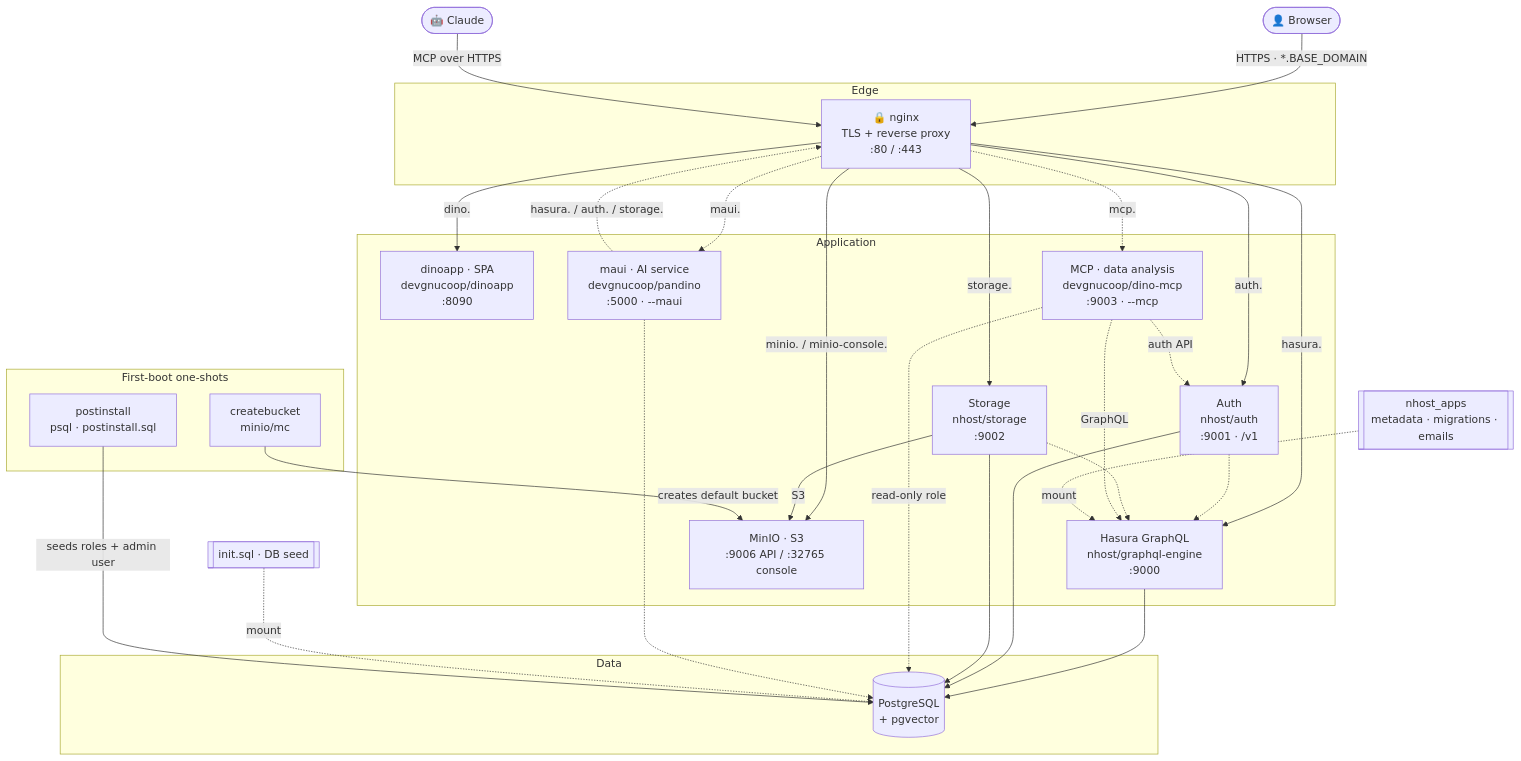
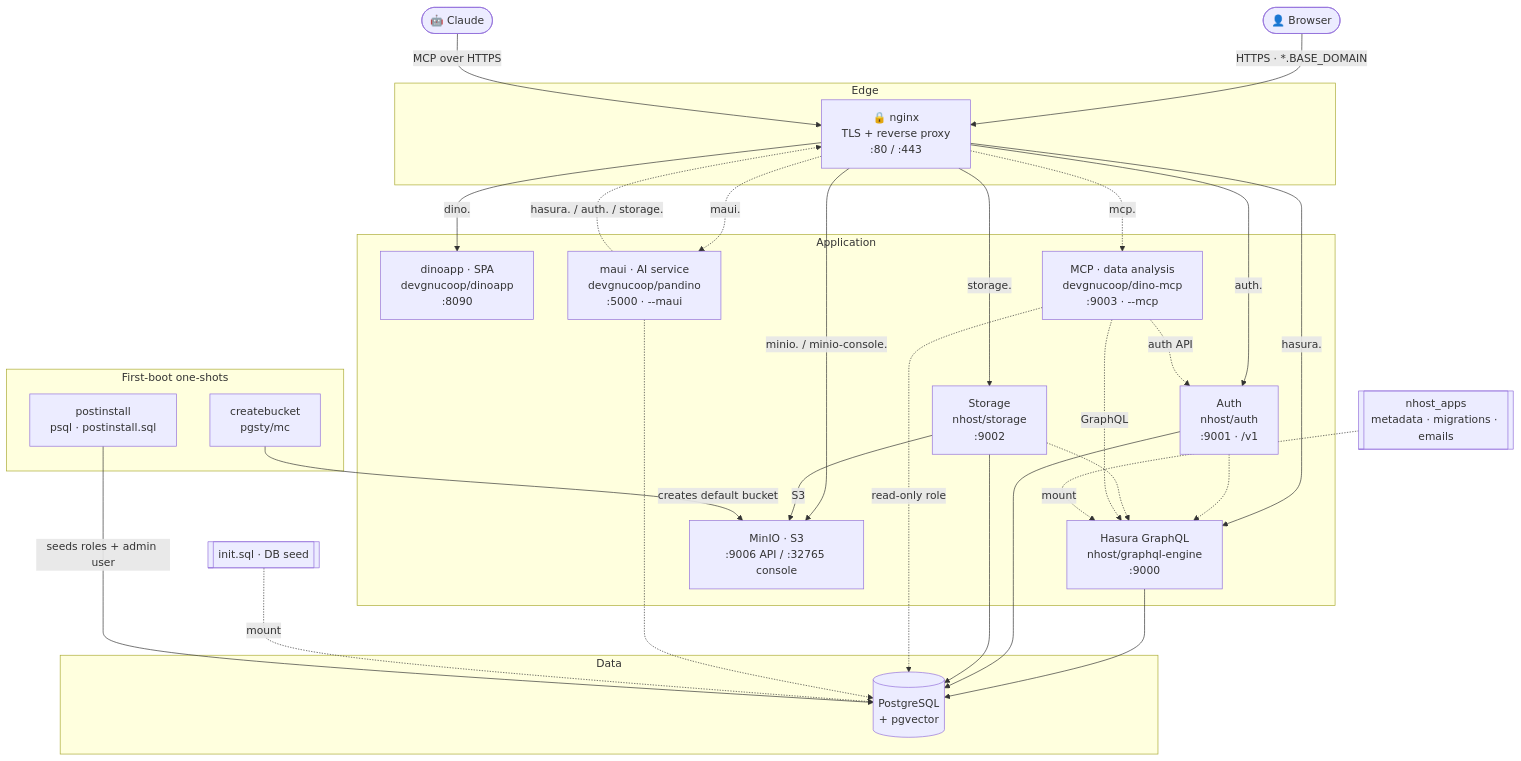
Before and after one commit to gnucoop/dino-install: the diagram in README.md, drawn with Mermaid. The commit also changed 2 other files, not shown here.

Commit message:
Switch MinIO images to the pgsty community fork
minio/minio and minio/mc are no longer available on Docker Hub; use the
drop-in fork images pgsty/minio and pgsty/mc (same env vars and /data format).

````diff
--- a/README.md
+++ b/README.md
@@ -45,58 +45,58 @@
 ```mermaid
 flowchart TB
     U(["👤 Browser"])
     C(["🤖 Claude"])
 
     subgraph PROXY["Edge"]
         N["🔒 nginx<br>TLS + reverse proxy<br>:80 / :443"]
     end
 
     subgraph APP["Application"]
         D["dinoapp · SPA<br>devgnucoop/dinoapp<br>:8090"]
         G["Hasura GraphQL<br>nhost/graphql-engine<br>:9000"]
         A["Auth<br>nhost/auth<br>:9001 · /v1"]
         S["Storage<br>nhost/storage<br>:9002"]
         M["MinIO · S3<br>:9006 API / :32765 console"]
         MC["MCP · data analysis<br>devgnucoop/dino-mcp<br>:9003 · --mcp"]
         MA["maui · AI service<br>devgnucoop/pandino<br>:5000 · --maui"]
     end
 
     subgraph DATA["Data"]
         P[("PostgreSQL<br>+ pgvector")]
     end
 
     subgraph BOOT["First-boot one-shots"]
-        CB["createbucket<br>minio/mc"]
+        CB["createbucket<br>pgsty/mc"]
         PI["postinstall<br>psql · postinstall.sql"]
     end
 
     NA[["nhost_apps<br>metadata · migrations · emails"]]
     IS[["init.sql · DB seed"]]
 
     U -->|"HTTPS · *.BASE_DOMAIN"| N
     C -->|"MCP over HTTPS"| N
     N -->|"dino."| D
     N -->|"hasura."| G
     N -->|"auth."| A
     N -->|"storage."| S
     N -->|"minio. / minio-console."| M
     N -.->|"mcp."| MC
     N -.->|"maui."| MA
 
     G --> P
     A --> P
     A -.-> G
     S --> P
     S -.-> G
     S -->|"S3"| M
     MC -.->|"read-only role"| P
     MC -.->|"GraphQL"| G
     MC -.->|"auth API"| A
     MA -.-> P
     MA -.->|"hasura. / auth. / storage."| N
 
     NA -. "mount" .-> G
     IS -. "mount" .-> P
     CB -->|"creates default bucket"| M
     PI -->|"seeds roles + admin user"| P
 ```
````
